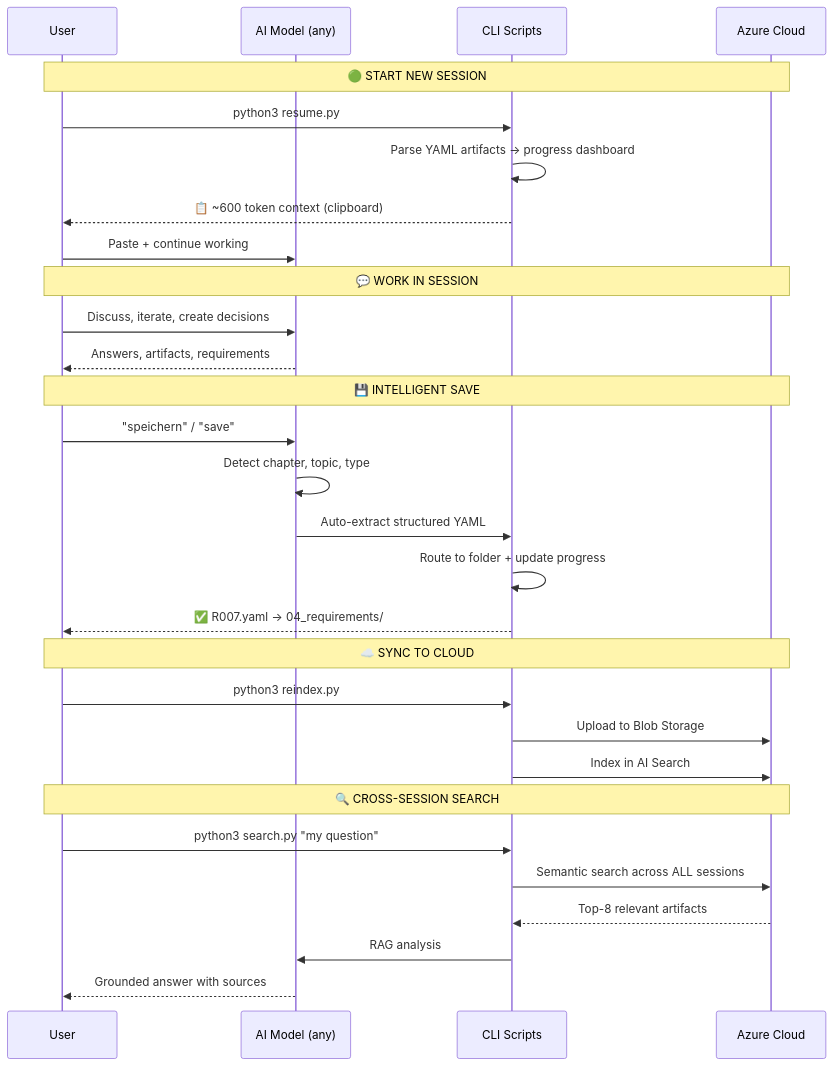
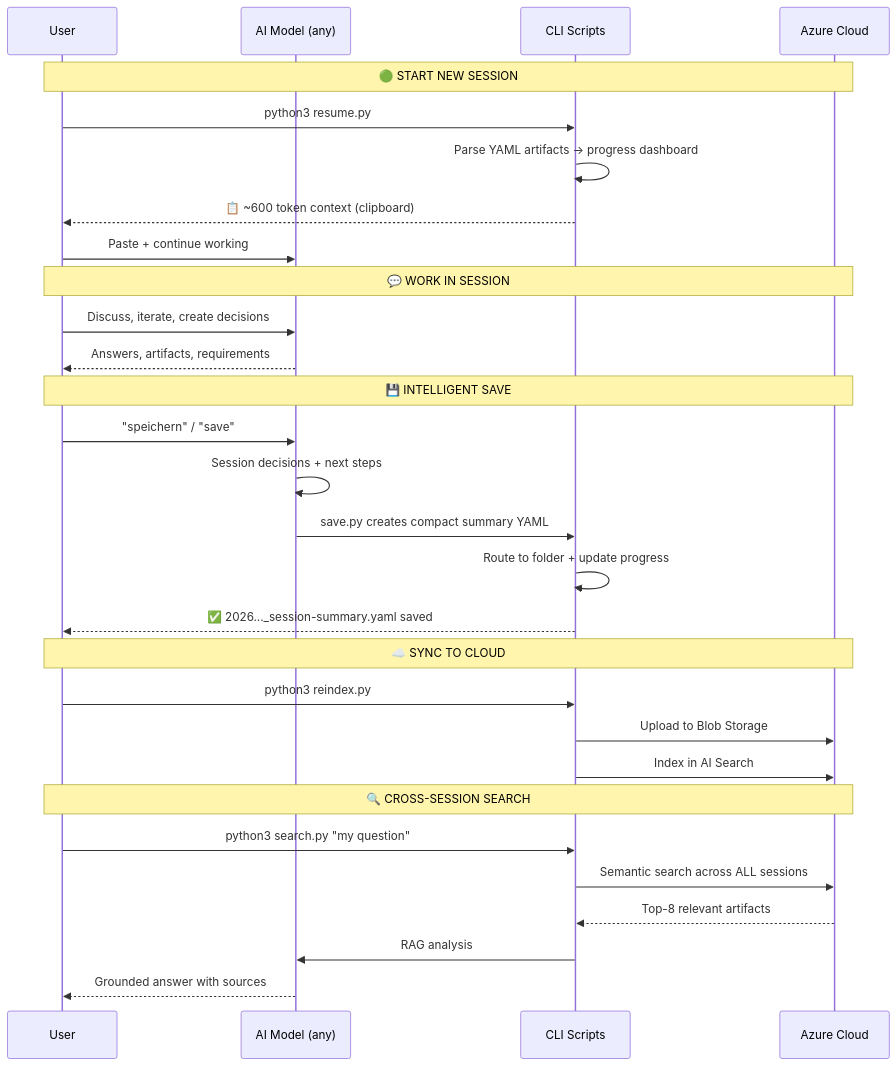
Before and after one commit to MustDemir/ai-context-vault: the third of 3 diagrams in README.md, drawn with Mermaid. The commit also changed other lines of this file and 6 other files, not shown here.

````diff
--- a/README.md
+++ b/README.md
@@ -132,36 +132,36 @@
 ```mermaid
 sequenceDiagram
     participant User
     participant AI as AI Model (any)
     participant Scripts as CLI Scripts
     participant Azure as Azure Cloud
 
     Note over User,Azure: 🟢 START NEW SESSION
     User->>Scripts: python3 resume.py
     Scripts->>Scripts: Parse YAML artifacts → progress dashboard
     Scripts-->>User: 📋 ~600 token context (clipboard)
     User->>AI: Paste + continue working
 
     Note over User,Azure: 💬 WORK IN SESSION
     User->>AI: Discuss, iterate, create decisions
     AI-->>User: Answers, artifacts, requirements
 
     Note over User,Azure: 💾 INTELLIGENT SAVE
     User->>AI: "speichern" / "save"
-    AI->>AI: Detect chapter, topic, type
-    AI->>Scripts: Auto-extract structured YAML
+    AI->>AI: Session decisions + next steps
+    AI->>Scripts: save.py creates compact summary YAML
     Scripts->>Scripts: Route to folder + update progress
-    Scripts-->>User: ✅ R007.yaml → 04_requirements/
+    Scripts-->>User: ✅ 2026..._session-summary.yaml saved
 
     Note over User,Azure: ☁️ SYNC TO CLOUD
     User->>Scripts: python3 reindex.py
     Scripts->>Azure: Upload to Blob Storage
     Scripts->>Azure: Index in AI Search
 
     Note over User,Azure: 🔍 CROSS-SESSION SEARCH
     User->>Scripts: python3 search.py "my question"
     Scripts->>Azure: Semantic search across ALL sessions
     Azure-->>Scripts: Top-8 relevant artifacts
     Scripts->>AI: RAG analysis
     AI-->>User: Grounded answer with sources
 ```
````
